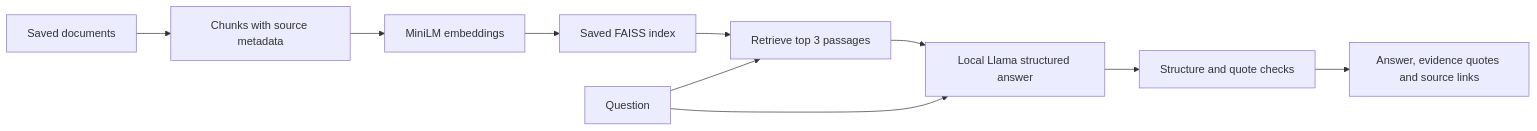
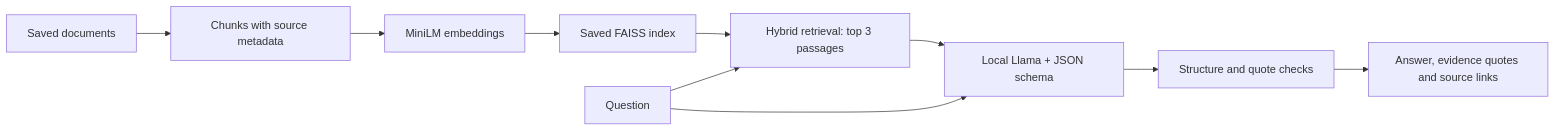
The diagram in README.md (santhosh-madha/healthcare-rag-assistant), drawn with Mermaid before and after one commit. The commit also changed other lines of this file and 16 other files, not shown here.

````diff
--- a/README.md
+++ b/README.md
@@ -34,12 +34,12 @@
 ```mermaid
 flowchart LR
     D[Saved documents] --> C[Chunks with source metadata]
     C --> E[MiniLM embeddings]
     E --> I[Saved FAISS index]
-    Q[Question] --> R[Retrieve top 3 passages]
+    Q[Question] --> R[Hybrid retrieval: top 3 passages]
     I --> R
-    R --> L[Local Llama structured answer]
+    R --> L[Local Llama + JSON schema]
     Q --> L
     L --> V[Structure and quote checks]
     V --> U[Answer, evidence quotes and source links]
 ```
````
